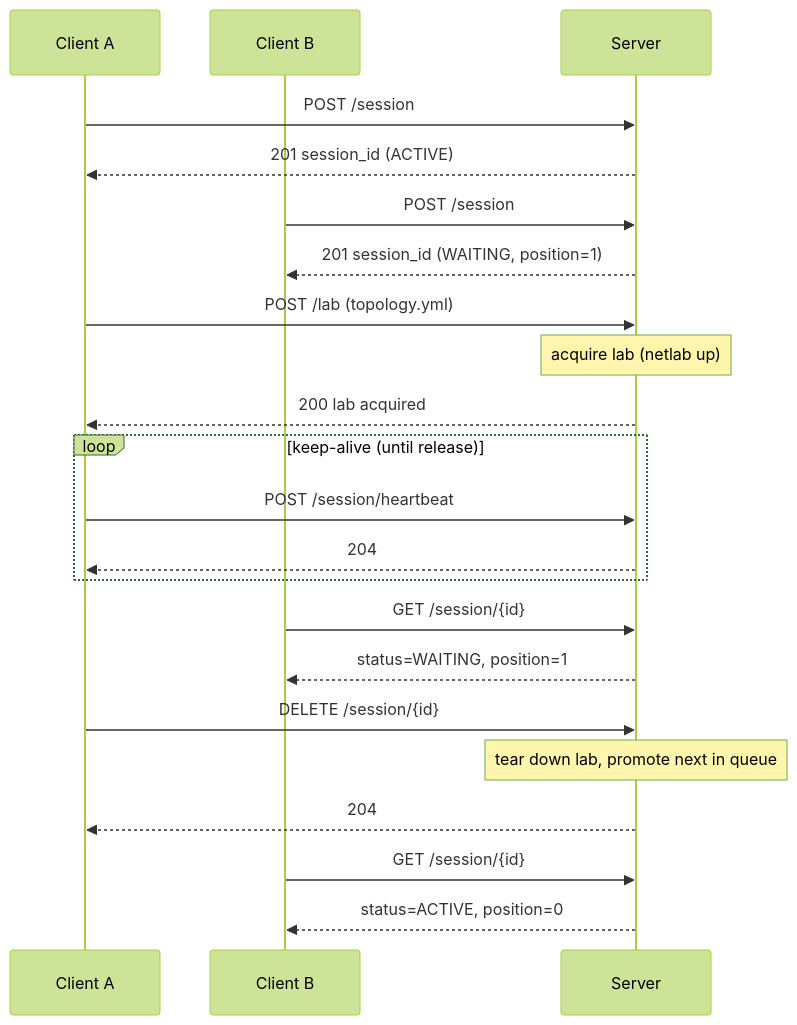
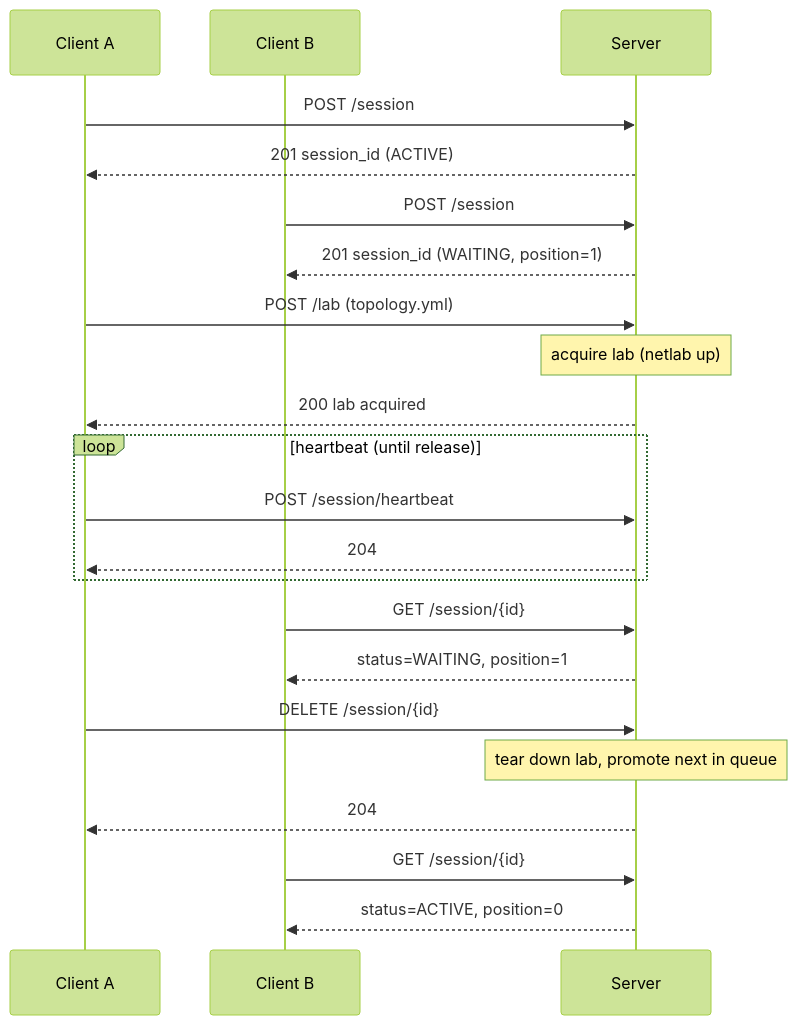
The diagram in README.md (zebbra/remote-lab), drawn with Mermaid (forest theme) before and after one commit. The commit also changed other lines of this file and 2 other files, not shown here.

````diff
--- a/README.md
+++ b/README.md
@@ -14,31 +84,31 @@
 ```mermaid
 sequenceDiagram
     participant ClientA as Client A
     participant ClientB as Client B
     participant Server
 
     ClientA->>Server: POST /session
     Server-->>ClientA: 201 session_id (ACTIVE)
 
     ClientB->>Server: POST /session
     Server-->>ClientB: 201 session_id (WAITING, position=1)
 
     ClientA->>Server: POST /lab (topology.yml)
     Note over Server: acquire lab (netlab up)
     Server-->>ClientA: 200 lab acquired
 
-    loop keep-alive (until release)
+    loop heartbeat (until release)
         ClientA->>Server: POST /session/heartbeat
         Server-->>ClientA: 204
     end
 
     ClientB->>Server: GET /session/{id}
     Server-->>ClientB: status=WAITING, position=1
 
     ClientA->>Server: DELETE /session/{id}
     Note over Server: tear down lab, promote next in queue
     Server-->>ClientA: 204
 
     ClientB->>Server: GET /session/{id}
     Server-->>ClientB: status=ACTIVE, position=0
 ```
````
